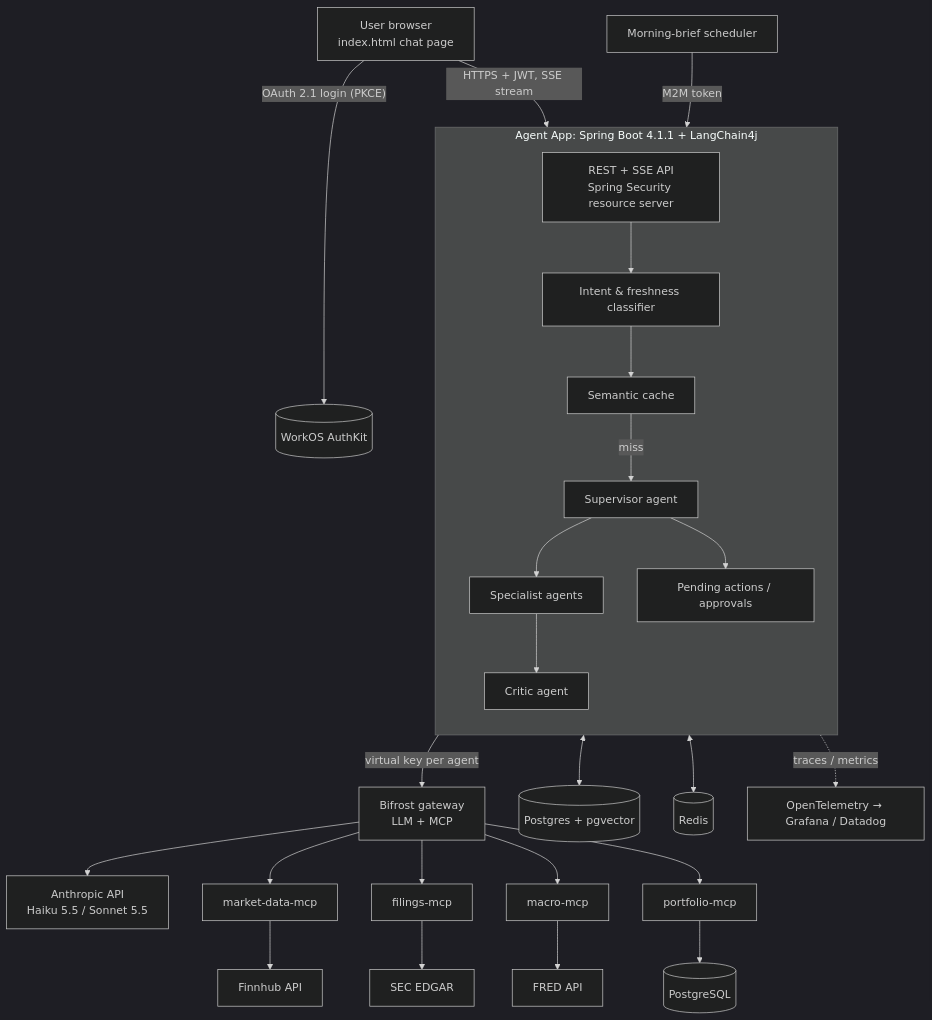
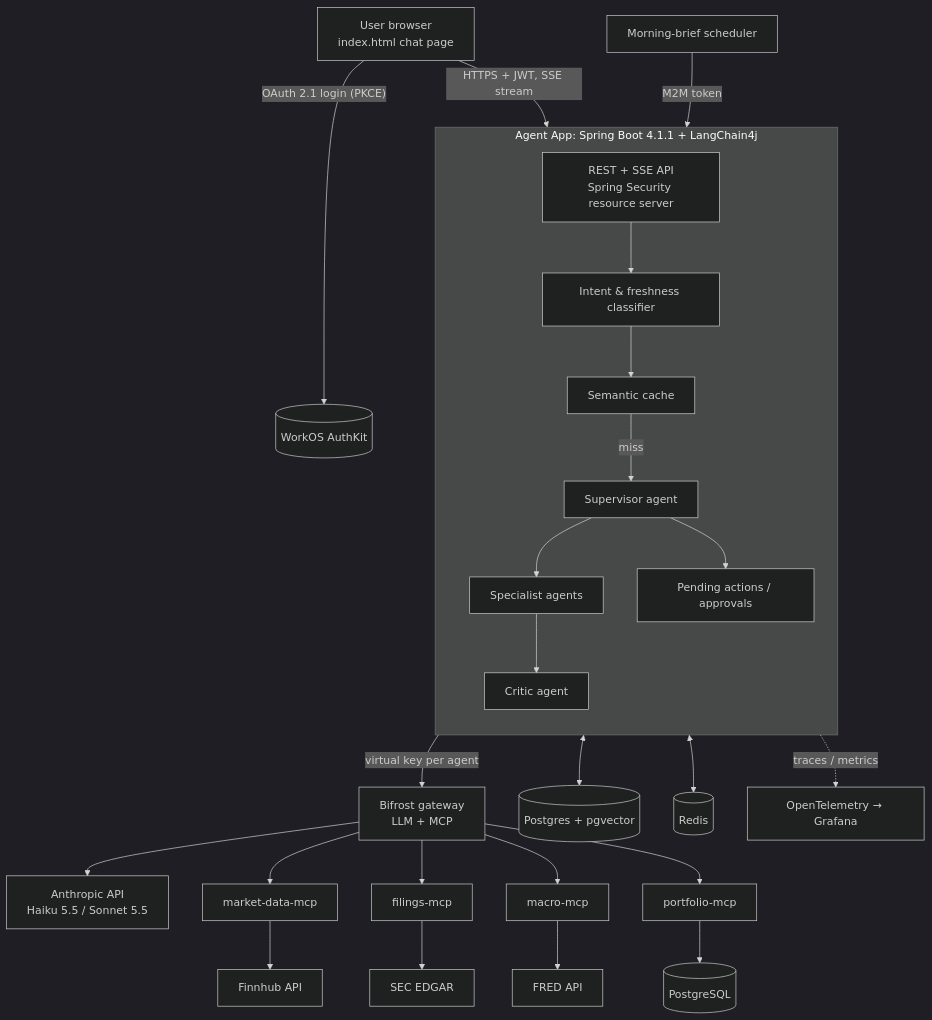
Before and after one commit to sri-chalam/stock-research-agent: the first of 4 diagrams in docs/requirements/stock-research-agent-spec.md, drawn with Mermaid (dark theme). The commit also changed other lines of this file and 1 other file, not shown here.

Commit message:
Singin flow was expanded.

````diff
--- a/docs/requirements/stock-research-agent-spec.md
+++ b/docs/requirements/stock-research-agent-spec.md
@@ -108,36 +108,36 @@
 ```mermaid
 flowchart TB
     U[User browser<br/>index.html chat page] -- "OAuth 2.1 login (PKCE)" --> WOS[(WorkOS AuthKit)]
     U -- "HTTPS + JWT, SSE stream" --> APP
 
     subgraph APP[Agent App: Spring Boot 4.1.1 + LangChain4j]
       direction TB
       API[REST + SSE API<br/>Spring Security resource server]
       CLS[Intent & freshness classifier]
       SC[Semantic cache]
       SUP[Supervisor agent]
       SPEC[Specialist agents]
       CRIT[Critic agent]
       HITL[Pending actions / approvals]
       API --> CLS --> SC
       SC -- miss --> SUP --> SPEC --> CRIT
       SUP --> HITL
     end
 
     APP -- "virtual key per agent" --> BF[Bifrost gateway<br/>LLM + MCP]
     BF --> CLAUDE[Anthropic API<br/>Haiku 5.5 / Sonnet 5.5]
     BF --> MD[market-data-mcp]
     BF --> FL[filings-mcp]
     BF --> MC[macro-mcp]
     BF --> PF[portfolio-mcp]
 
     MD --> FH[Finnhub API]
     FL --> SEC[SEC EDGAR]
     MC --> FRED[FRED API]
     PF --> PG[(PostgreSQL)]
 
     APP <--> PGV[(Postgres + pgvector)]
     APP <--> RD[(Redis)]
     JOB[Morning-brief scheduler] -- "M2M token" --> APP
-    APP -. traces / metrics .-> OBS[OpenTelemetry → Grafana / Datadog]
+    APP -. traces / metrics .-> OBS[OpenTelemetry → Grafana]
 ```
````
